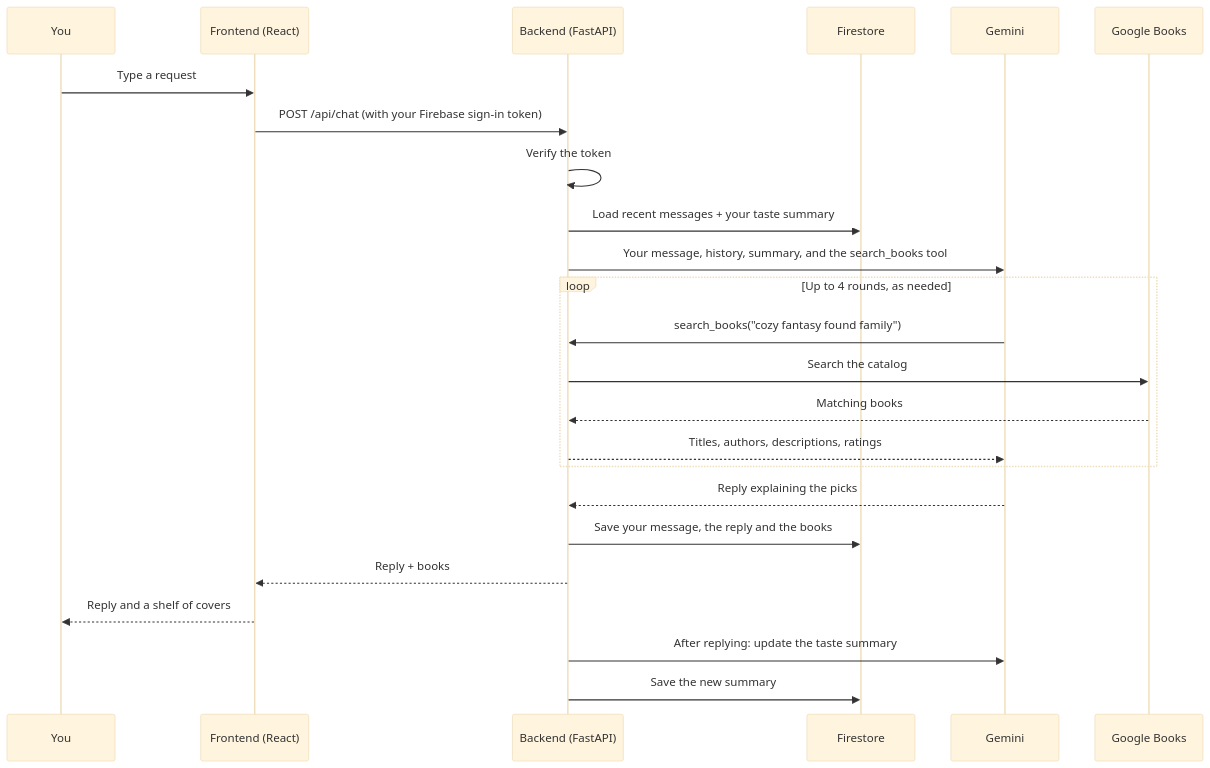
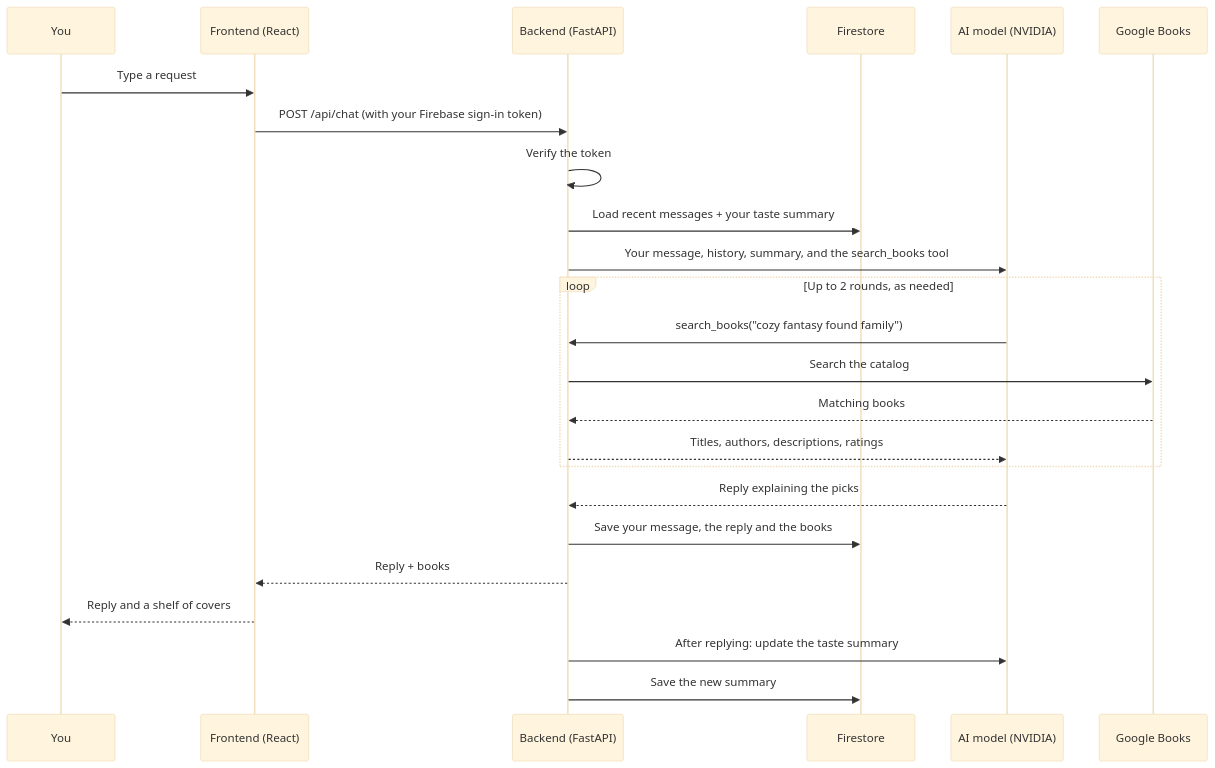
Before and after one commit to Takaguya/Book_Finder_Assistant: the diagram in README.md, drawn with Mermaid (base theme). The commit also changed other lines of this file and 10 other files, not shown here.

First line of the commit message:
Switch the assistant's AI model from Gemini to NVIDIA's API

````diff
--- a/README.md
+++ b/README.md
@@ -88,27 +91,27 @@
 ```mermaid
 sequenceDiagram
     participant U as You
     participant F as Frontend (React)
     participant B as Backend (FastAPI)
     participant S as Firestore
-    participant G as Gemini
+    participant G as AI model (NVIDIA)
     participant GB as Google Books
 
     U->>F: Type a request
     F->>B: POST /api/chat (with your Firebase sign-in token)
     B->>B: Verify the token
     B->>S: Load recent messages + your taste summary
     B->>G: Your message, history, summary, and the search_books tool
-    loop Up to 4 rounds, as needed
+    loop Up to 2 rounds, as needed
         G->>B: search_books("cozy fantasy found family")
         B->>GB: Search the catalog
         GB-->>B: Matching books
         B-->>G: Titles, authors, descriptions, ratings
     end
     G-->>B: Reply explaining the picks
     B->>S: Save your message, the reply and the books
     B-->>F: Reply + books
     F-->>U: Reply and a shelf of covers
     B->>G: After replying: update the taste summary
     B->>S: Save the new summary
 ```
````
